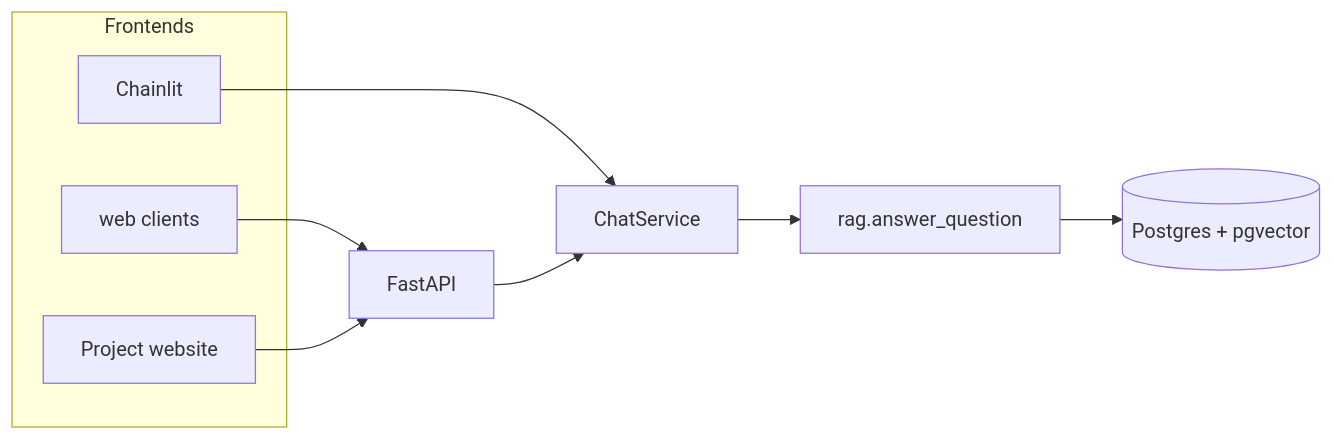
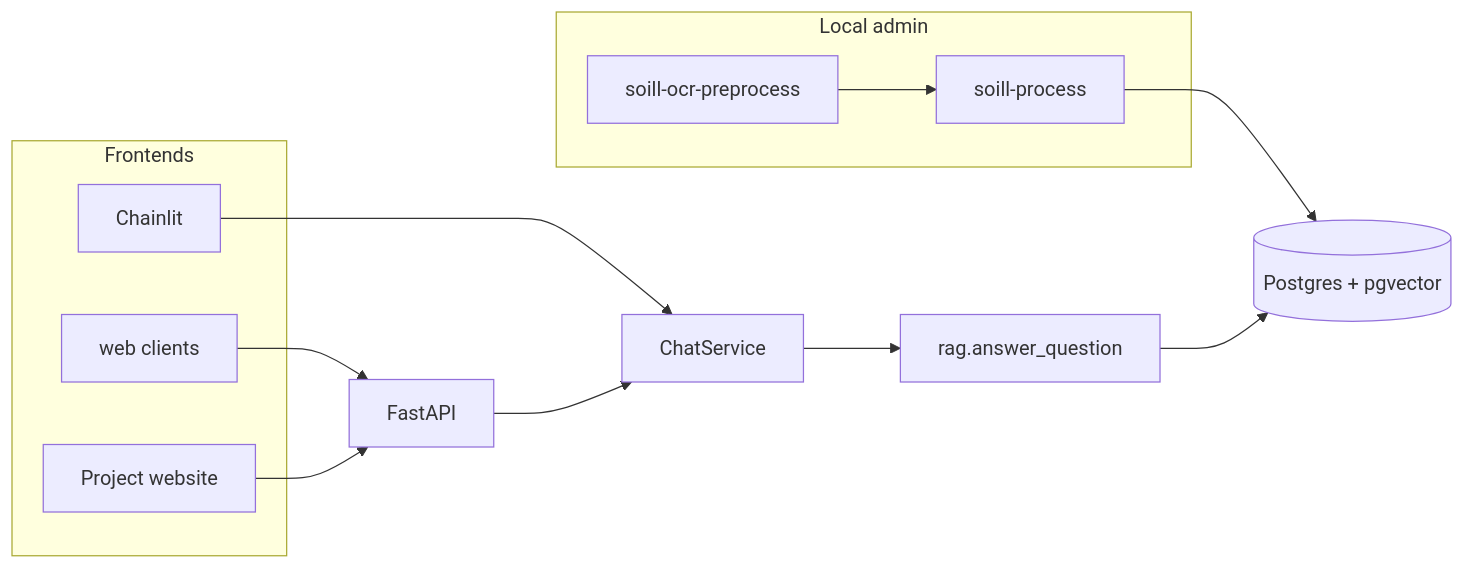
The diagram in documents/approach.md (rendzina/SOILL_Chatbot), drawn with Mermaid before and after one commit. The commit also changed other lines of this file and 16 other files, not shown here.

````diff
--- a/documents/approach.md
+++ b/documents/approach.md
@@ -58,20 +61,27 @@
 ```mermaid
 flowchart LR
   subgraph frontends [Frontends]
     CL[Chainlit]
     Web[web clients]
     Site[Project website]
   end
 
+  subgraph admin [Local admin]
+    OCR[soill-ocr-preprocess]
+    Ingest[soill-process]
+  end
+
   API[FastAPI]
   CS[ChatService]
   RAG[rag.answer_question]
   PG[(Postgres + pgvector)]
 
+  OCR --> Ingest
+  Ingest --> PG
   CL --> CS
   Web --> API
   Site --> API
   API --> CS
   CS --> RAG
   RAG --> PG
 ```
````
